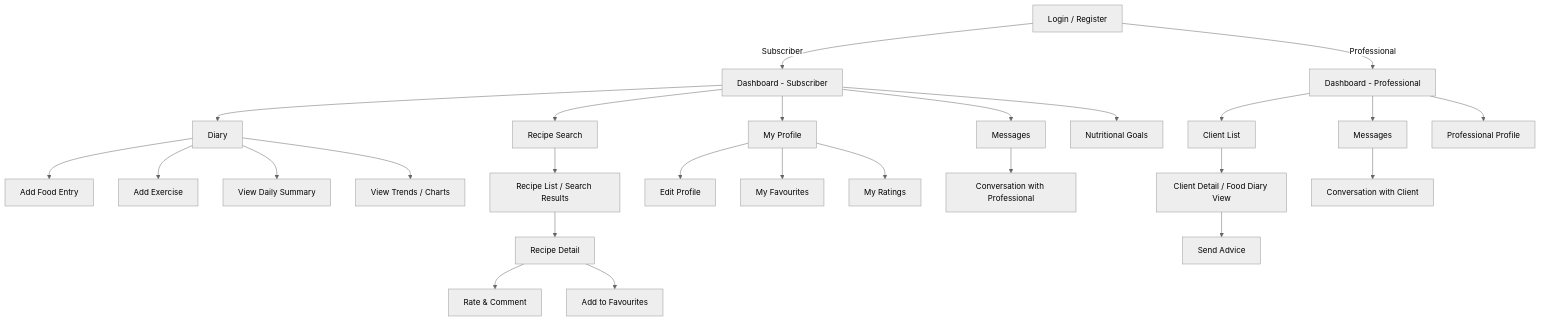
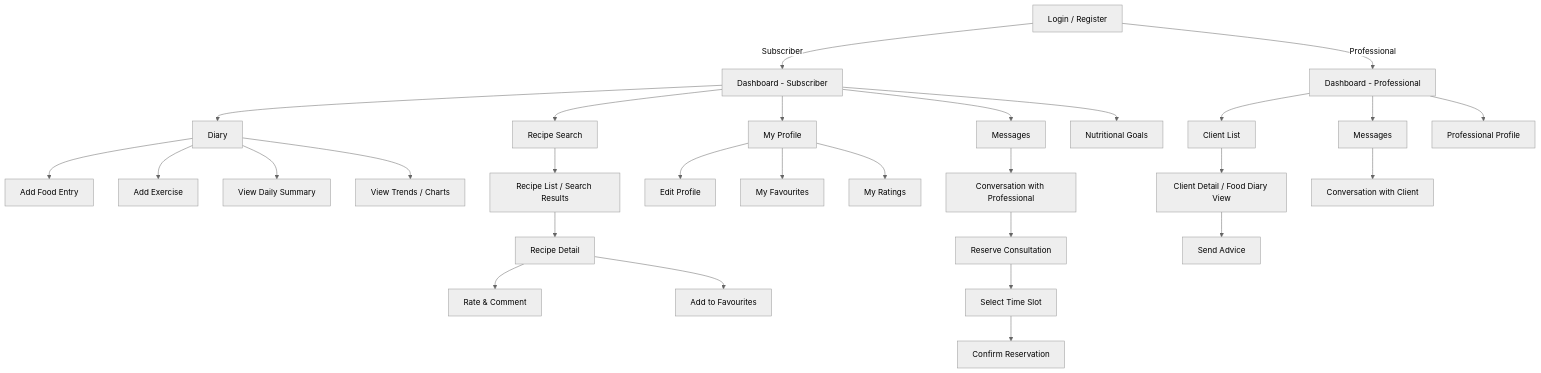
Before and after one commit to X-07-xqf/2850final-project: the diagram in UI_wireframes.md, drawn with Mermaid (neutral theme). The commit also changed other lines of this file, not shown here.

````diff
--- a/UI_wireframes.md
+++ b/UI_wireframes.md
@@ -5,36 +5,39 @@
 ```mermaid
 flowchart TD
     A[Login / Register] -->|Subscriber| B[Dashboard - Subscriber]
     A -->|Professional| C[Dashboard - Professional]
 
     B --> D[Diary]
     B --> E[Recipe Search]
     B --> F[My Profile]
     B --> G[Messages]
     B --> H[Nutritional Goals]
 
     D --> D1[Add Food Entry]
     D --> D2[Add Exercise]
     D --> D3[View Daily Summary]
     D --> D4[View Trends / Charts]
 
     E --> E1[Recipe List / Search Results]
     E1 --> E2[Recipe Detail]
     E2 --> E3[Rate & Comment]
     E2 --> E4[Add to Favourites]
 
     F --> F1[Edit Profile]
     F --> F2[My Favourites]
     F --> F3[My Ratings]
 
     G --> G1[Conversation with Professional]
+    G1 --> G2[Reserve Consultation]
+    G2 --> G3[Select Time Slot]
+    G3 --> G4[Confirm Reservation]
 
     C --> I[Client List]
     C --> J[Messages]
     C --> K[Professional Profile]
 
     I --> I1[Client Detail / Food Diary View]
     I1 --> I2[Send Advice]
 
     J --> J1[Conversation with Client]
 ```
````
